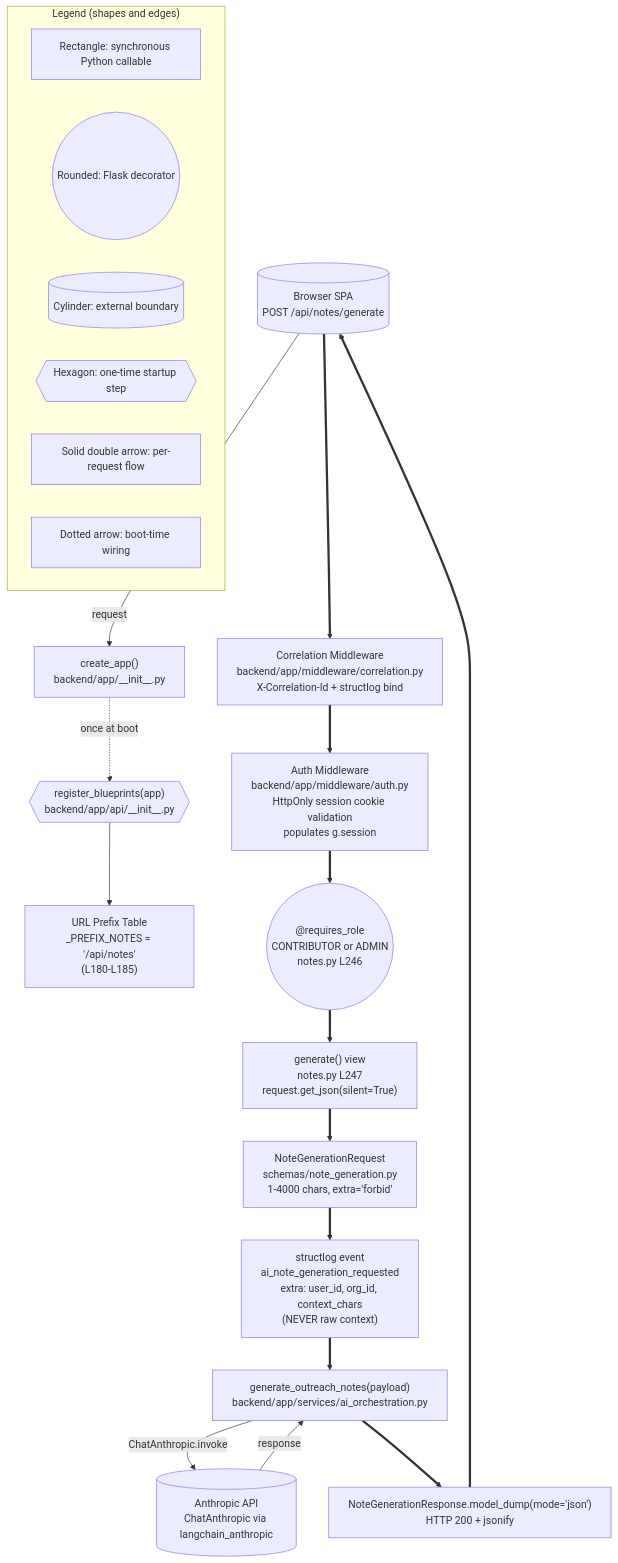
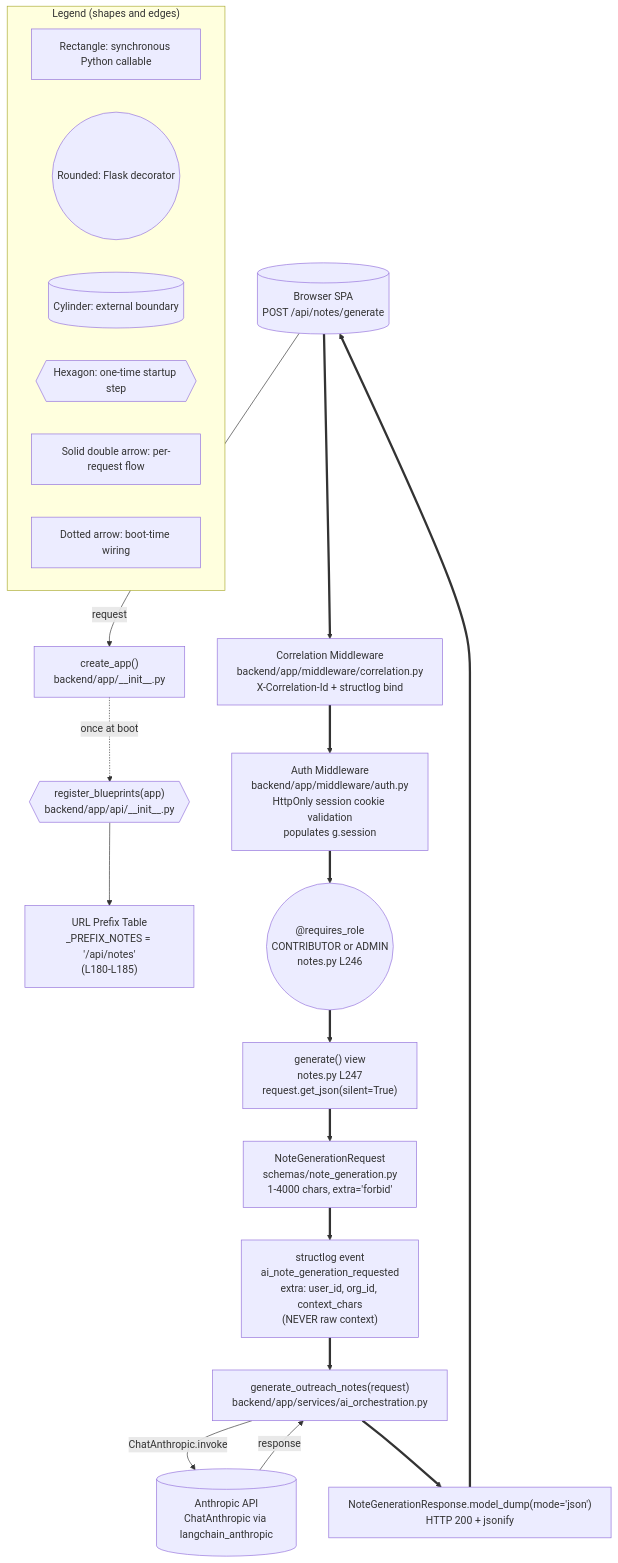
Before and after one commit to jrubin-blitzy/Sales-Connections: the diagram in backend/app/api/README.md, drawn with Mermaid. The commit also changed other lines of this file and 8 other files, not shown here.

````diff
--- a/backend/app/api/README.md
+++ b/backend/app/api/README.md
@@ -51,41 +51,41 @@
 ```mermaid
 %% Diagram: F-002 API Blueprint Composition — notes_bp Within Flask Application Factory
 flowchart TB
     Browser[(Browser SPA<br/>POST /api/notes/generate)]
     AppFactory["create_app()<br/>backend/app/__init__.py"]
     RegBP{{"register_blueprints(app)<br/>backend/app/api/__init__.py"}}
     PrefixTbl["URL Prefix Table<br/>_PREFIX_NOTES = '/api/notes'<br/>(L180-L185)"]
     CorrMW["Correlation Middleware<br/>backend/app/middleware/correlation.py<br/>X-Correlation-Id + structlog bind"]
     AuthMW["Auth Middleware<br/>backend/app/middleware/auth.py<br/>HttpOnly session cookie validation<br/>populates g.session"]
     RBAC(("@requires_role<br/>CONTRIBUTOR or ADMIN<br/>notes.py L246"))
     View["generate() view<br/>notes.py L247<br/>request.get_json(silent=True)"]
     PydVal["NoteGenerationRequest<br/>schemas/note_generation.py<br/>1-4000 chars, extra='forbid'"]
     Log["structlog event<br/>ai_note_generation_requested<br/>extra: user_id, org_id, context_chars<br/>(NEVER raw context)"]
-    Svc["generate_outreach_notes(payload)<br/>backend/app/services/ai_orchestration.py"]
+    Svc["generate_outreach_notes(request)<br/>backend/app/services/ai_orchestration.py"]
     Anth[(Anthropic API<br/>ChatAnthropic via langchain_anthropic)]
     Resp["NoteGenerationResponse.model_dump(mode='json')<br/>HTTP 200 + jsonify"]
 
     Browser -- "request" --> AppFactory
     AppFactory -. "once at boot" .-> RegBP
     RegBP --> PrefixTbl
     Browser ==> CorrMW
     CorrMW ==> AuthMW
     AuthMW ==> RBAC
     RBAC ==> View
     View ==> PydVal
     PydVal ==> Log
     Log ==> Svc
     Svc -- "ChatAnthropic.invoke" --> Anth
     Anth -- "response" --> Svc
     Svc ==> Resp
     Resp ==> Browser
 
     subgraph Legend["Legend (shapes and edges)"]
         L1[Rectangle: synchronous Python callable]
         L2((Rounded: Flask decorator))
         L3[(Cylinder: external boundary)]
         L4{{Hexagon: one-time startup step}}
         L5["Solid double arrow: per-request flow"]
         L6["Dotted arrow: boot-time wiring"]
     end
 ```
````
